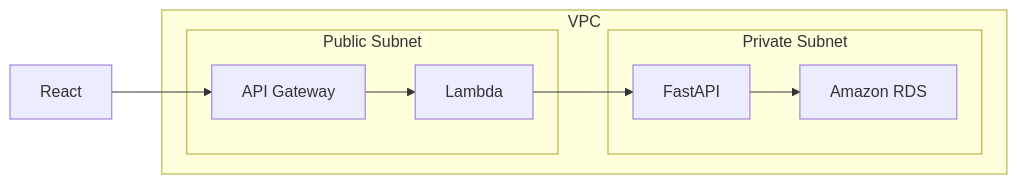
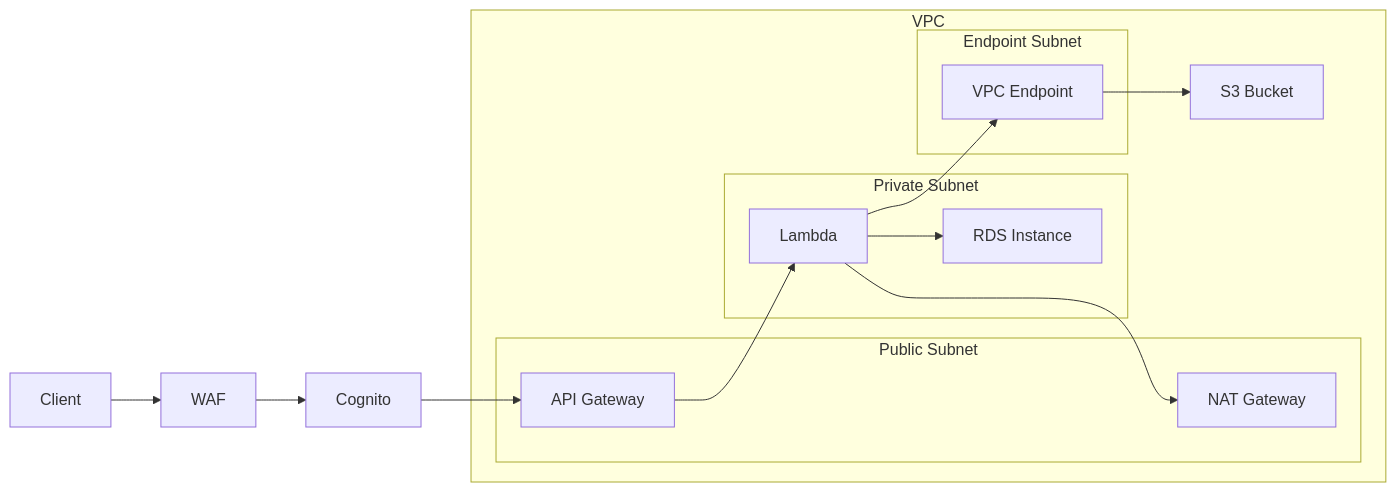
One commit to Rayoo-Nakano/InventoryAllocation changed the second of 6 diagrams in 在庫管理システム基本設計書.md. Above: the diagram before and after it, drawn with Mermaid. The commit also changed other lines of this file and 1 other file, not shown here.

````diff
--- a/在庫管理システム基本設計書.md
+++ b/在庫管理システム基本設計書.md
@@ -45,18 +46,24 @@
 ```mermaid
 graph LR
+    Client[Client] --> WAF[WAF]
+    WAF --> Cognito[Cognito]
+    Cognito --> APIGateway[API Gateway]
     subgraph VPC
         subgraph Public Subnet
-            A[API Gateway]
-            L[Lambda]
+            APIGateway
+            NATGateway[NAT Gateway]
         end
         subgraph Private Subnet
-            B[FastAPI]
-            C[Amazon RDS]
+            RDS[RDS Instance]
+            Lambda[Lambda]
         end
+        subgraph Endpoint Subnet
+            VPCe[VPC Endpoint]
+        end
+        Lambda --> VPCe
+        VPCe --> S3[S3 Bucket]
+        Lambda --> RDS
+        Lambda ---> NATGateway
     end
-    
-    R[React] --> A
-    A --> L
-    L --> B
-    B --> C
+    APIGateway --> Lambda
 ```
````
